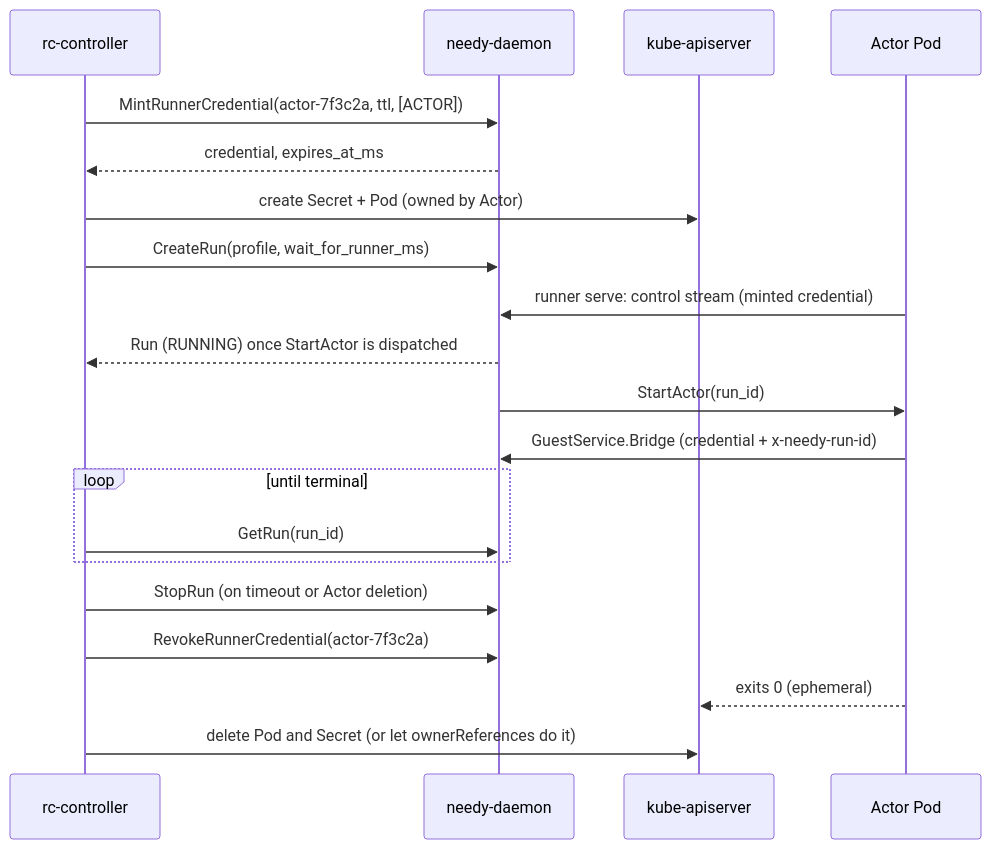
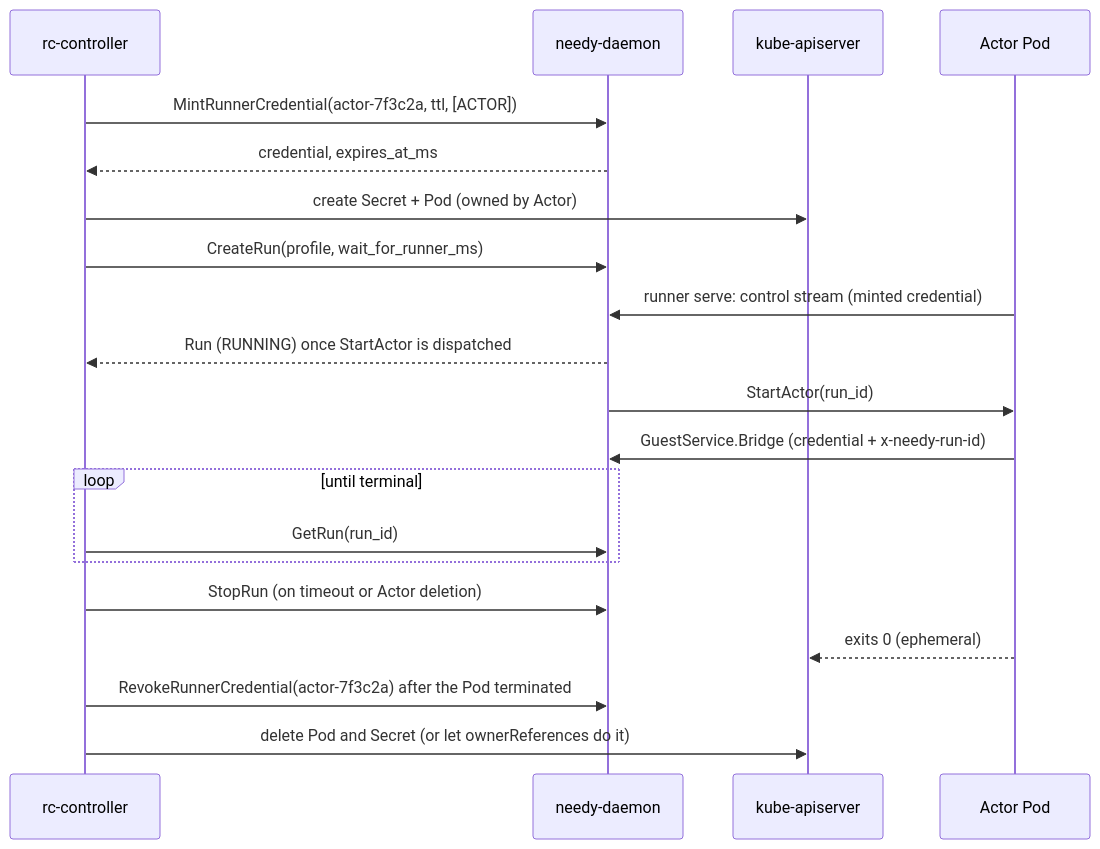
Before and after one commit to needy-dev/needy: the second of 2 diagrams in docs/ai/references/architecture/2026-11-26-rc-integration-guide.md, drawn with Mermaid. The commit also changed other lines of this file, not shown here.

````diff
--- a/docs/ai/references/architecture/2026-11-26-rc-integration-guide.md
+++ b/docs/ai/references/architecture/2026-11-26-rc-integration-guide.md
@@ -681,22 +697,22 @@
 ```mermaid
 sequenceDiagram
   participant RC as rc-controller
   participant D as needy-daemon
   participant K as kube-apiserver
   participant P as Actor Pod
   RC->>D: MintRunnerCredential(actor-7f3c2a, ttl, [ACTOR])
   D-->>RC: credential, expires_at_ms
   RC->>K: create Secret + Pod (owned by Actor)
   RC->>D: CreateRun(profile, wait_for_runner_ms)
   P->>D: runner serve: control stream (minted credential)
   D-->>RC: Run (RUNNING) once StartActor is dispatched
   D->>P: StartActor(run_id)
   P->>D: GuestService.Bridge (credential + x-needy-run-id)
   loop until terminal
     RC->>D: GetRun(run_id)
   end
   RC->>D: StopRun (on timeout or Actor deletion)
-  RC->>D: RevokeRunnerCredential(actor-7f3c2a)
   P-->>K: exits 0 (ephemeral)
+  RC->>D: RevokeRunnerCredential(actor-7f3c2a) after the Pod terminated
   RC->>K: delete Pod and Secret (or let ownerReferences do it)
 ```
````
